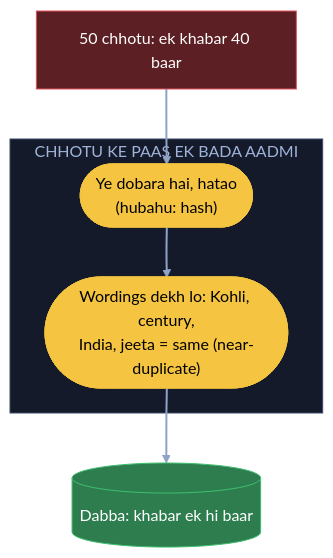
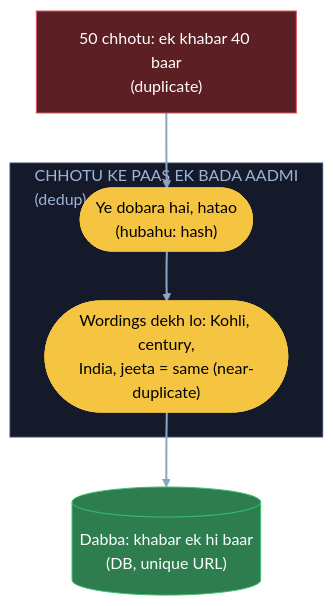
One commit to ArpanMaheshwari144/Prep changed the third of 14 diagrams in 04_HLD/SYSTEM_DESIGNS/08_news_aggregator/08_news_aggregator.md. Above: the diagram before and after it, drawn with Mermaid (base theme). The commit also changed other lines of this file and 20 other files, not shown here.

Commit message:
HLD main files: diagram me kahani shabd + bracket me asli naam (21 design, 182 label)

````diff
--- a/04_HLD/SYSTEM_DESIGNS/08_news_aggregator/08_news_aggregator.md
+++ b/04_HLD/SYSTEM_DESIGNS/08_news_aggregator/08_news_aggregator.md
@@ -145,18 +145,18 @@
 ```mermaid
 flowchart TB
-    C["50 chhotu: ek khabar 40 baar"]:::bad
-    subgraph BA["CHHOTU KE PAAS EK BADA AADMI"]
+    C["50 chhotu: ek khabar 40 baar<br/>(duplicate)"]:::bad
+    subgraph BA["CHHOTU KE PAAS EK BADA AADMI<br/>(dedup)"]
         H(["Ye dobara hai, hatao<br/>(hubahu: hash)"]):::pill
         W(["Wordings dekh lo: Kohli, century,<br/>India, jeeta = same (near-duplicate)"]):::pill
     end
-    D[("Dabba: khabar ek hi baar")]:::good
+    D[("Dabba: khabar ek hi baar<br/>(DB, unique URL)")]:::good
     C --> H
     H --> W
     W --> D
     linkStyle default stroke:#8fa3c7,stroke-width:2px
     classDef card fill:#1e2638,stroke:#3a4a6b,color:#e8ecf5
     classDef pill fill:#f5c542,stroke:#f5c542,color:#000
     classDef good fill:#2e7d4f,stroke:#3fbf6f,color:#fff
     classDef bad fill:#5c1f24,stroke:#e05561,color:#fff
     style BA fill:#141a29,stroke:#3a4a6b,color:#9fb3d9
 ```
````
